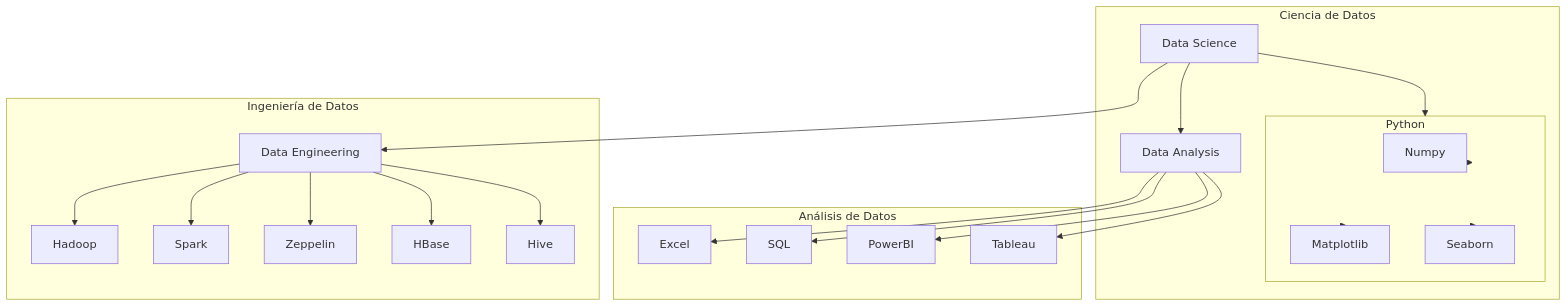
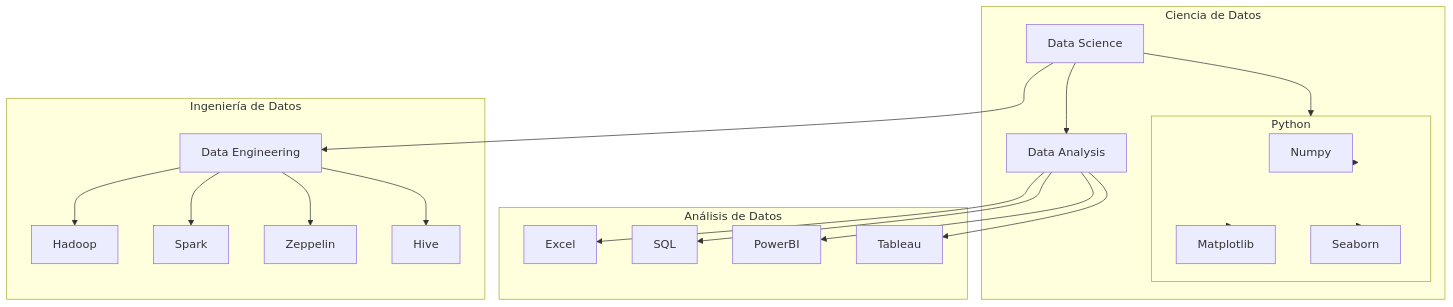
The diagram in README.md (bkmay1417/proyecto-colaborativo), drawn with Mermaid before and after one commit.

Commit message:
Michael Upddate

````diff
--- a/README.md
+++ b/README.md
@@ -6,33 +6,32 @@
 ```mermaid
 graph TD;
     subgraph Ciencia de Datos
         DataScience[Data Science] --> DataAnalysis[Data Analysis]
         DataScience --> Python[Python]
     end
 
     subgraph Análisis de Datos
         DataAnalysis --> Excel
         DataAnalysis --> SQL
         DataAnalysis --> PowerBI
         DataAnalysis --> Tableau
 
     end
 
     subgraph Python
         Python --> Numpy
         Python --> Matplotlib
         Python --> Seaborn
                 
     end
 
     subgraph Ingeniería de Datos
         DataEngineering[Data Engineering] --> Hadoop
         DataEngineering --> Spark
         DataEngineering --> Zeppelin
-        DataEngineering --> HBase 
         DataEngineering --> Hive
 
     end
 
     DataScience --> DataEngineering
 ```
````
